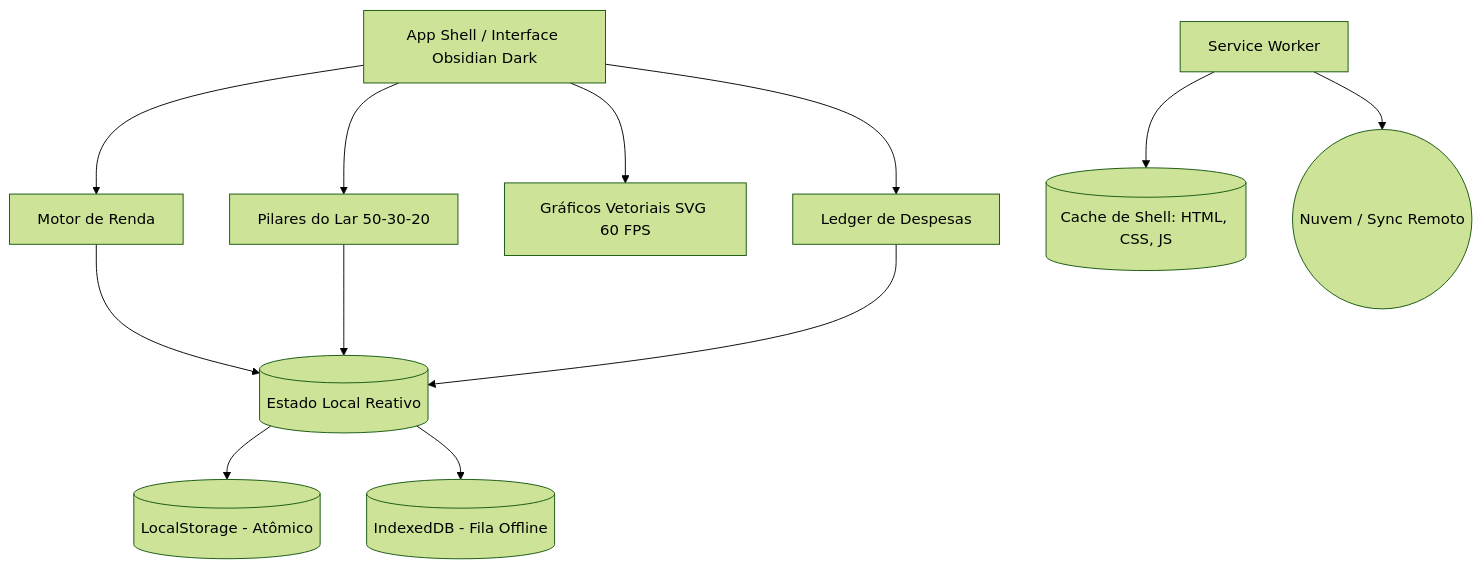
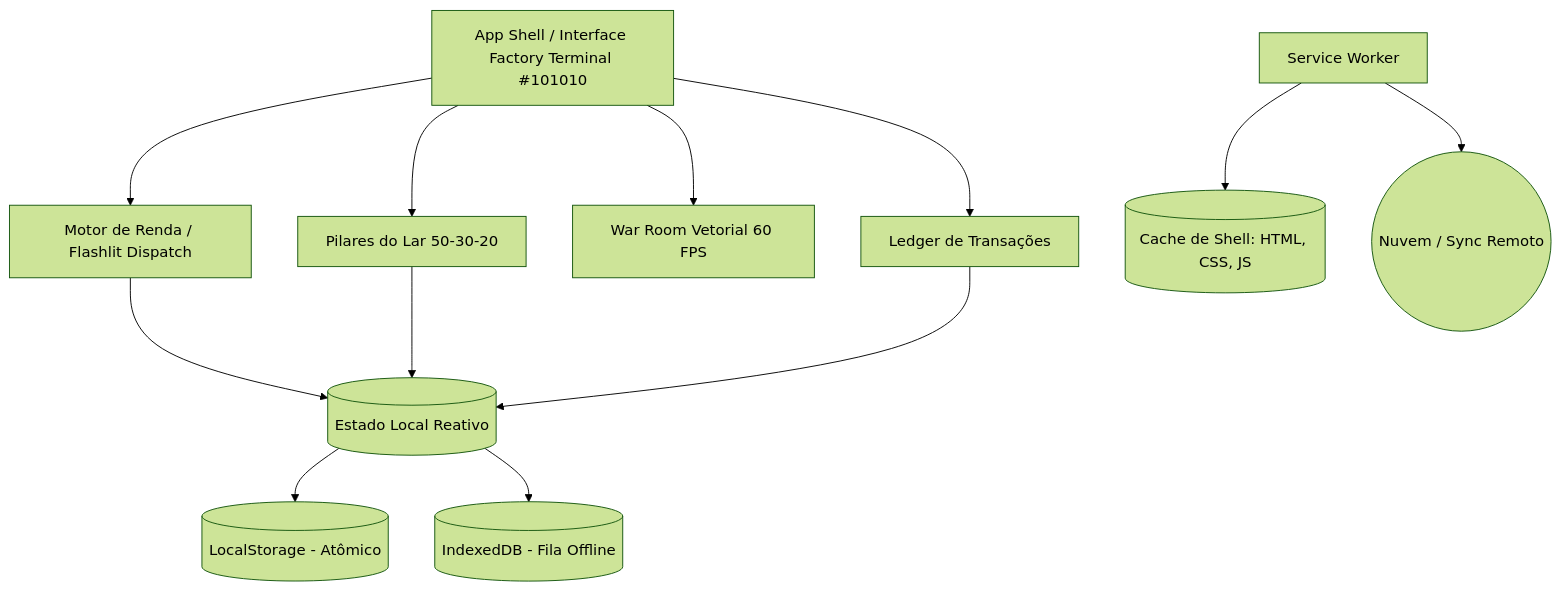
The diagram in DOCUMENTACAO.md (lopesmidia002-jpg/GestorLar), drawn with Mermaid (forest theme) before and after one commit. The commit also changed other lines of this file and 43 other files, not shown here.

First line of the commit message:
feat(design): implement Factory style reference terminal war room system

````diff
--- a/DOCUMENTACAO.md
+++ b/DOCUMENTACAO.md
@@ -23,17 +24,17 @@
 ```mermaid
 graph TD
-    UI[App Shell / Interface Obsidian Dark] --> MR[Motor de Renda]
+    UI[App Shell / Interface Factory Terminal #101010] --> MR[Motor de Renda / Flashlit Dispatch]
     UI --> PL[Pilares do Lar 50-30-20]
-    UI --> GV[Gráficos Vetoriais SVG 60 FPS]
-    UI --> LD[Ledger de Despesas]
+    UI --> GV[War Room Vetorial 60 FPS]
+    UI --> LD[Ledger de Transações]
     
     MR --> LocalState[(Estado Local Reativo)]
     PL --> LocalState
     LD --> LocalState
     
     LocalState --> LS[(LocalStorage - Atômico)]
     LocalState --> IDB[(IndexedDB - Fila Offline)]
     
     SW[Service Worker] --> Cache[(Cache de Shell: HTML, CSS, JS)]
     SW --> Net((Nuvem / Sync Remoto))
 ```
````
